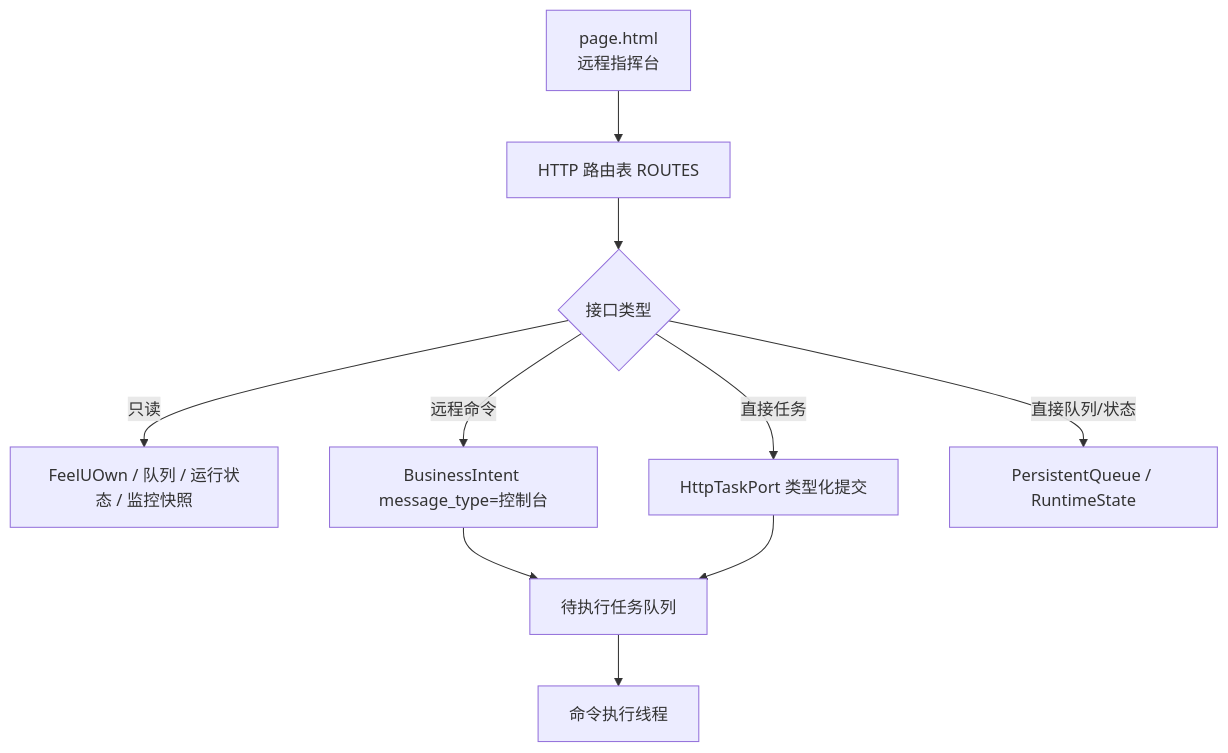
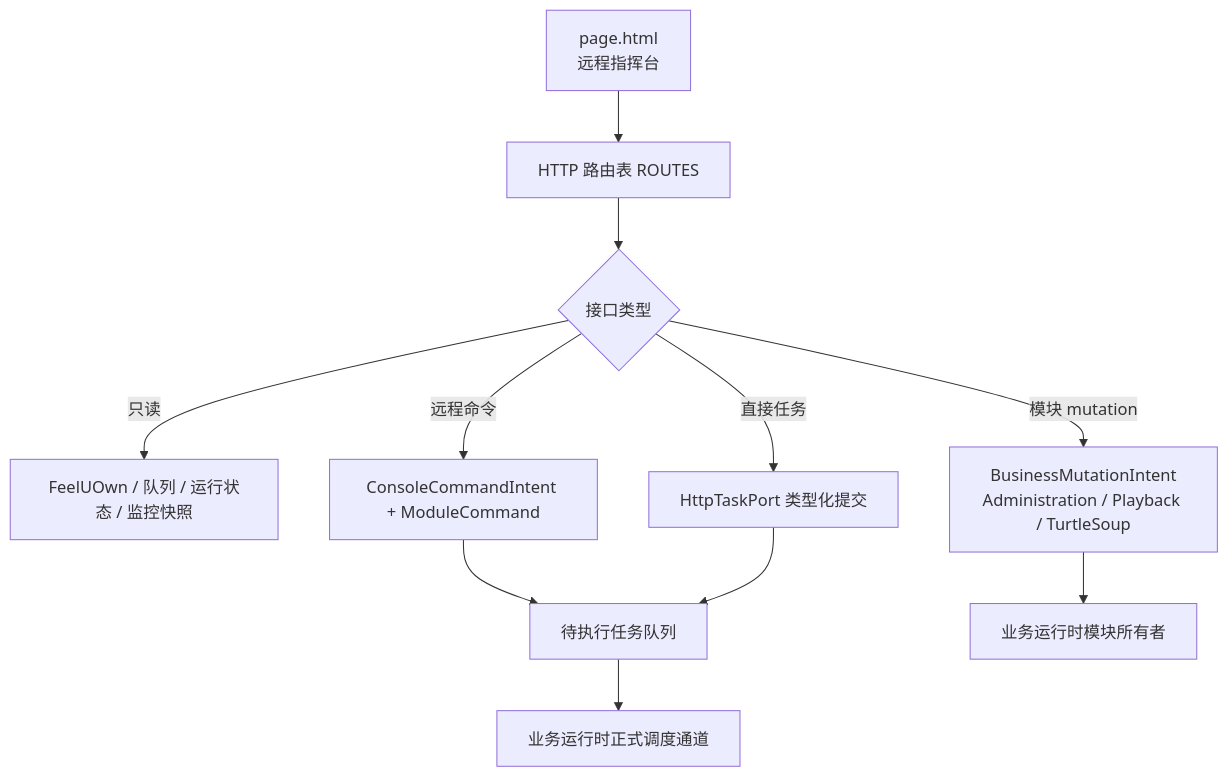
The diagram in docs/web-monitor-api.md (XingNian-www/Miliastra-Wonderland-Music), drawn with Mermaid before and after one commit. The commit also changed other lines of this file and 105 other files, not shown here.

Commit message:
refactor: finish v2 architecture migration

````diff
--- a/docs/web-monitor-api.md
+++ b/docs/web-monitor-api.md
@@ -11,12 +11,13 @@
 ```mermaid
 flowchart TD
     A["page.html<br/>远程指挥台"] --> B["HTTP 路由表 ROUTES"]
     B --> C{"接口类型"}
     C -->|只读| D["FeelUOwn / 队列 / 运行状态 / 监控快照"]
-    C -->|远程命令| E["BusinessIntent message_type=控制台"]
+    C -->|远程命令| E["ConsoleCommandIntent + ModuleCommand"]
     C -->|直接任务| F["HttpTaskPort 类型化提交"]
-    C -->|直接队列/状态| G["PersistentQueue / RuntimeState"]
+    C -->|模块 mutation| G["BusinessMutationIntent<br/>Administration / Playback / TurtleSoup"]
     E --> H["待执行任务队列"]
     F --> H
-    H --> I["命令执行线程"]
+    G --> J["业务运行时模块所有者"]
+    H --> I["业务运行时正式调度通道"]
 ```
````
